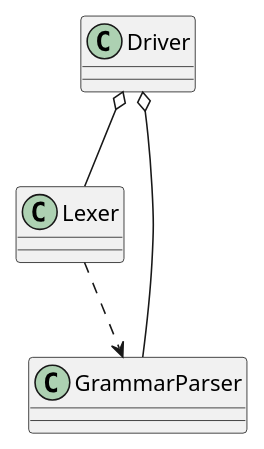
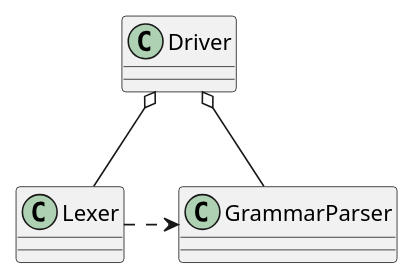
One commit to Unofficial-Extend-Project-Mirror/openfoam-extend-swak4Foam-dev changed the first of 2 diagrams in Documentation/swak4FoamReference.org. Above: the diagram before and after it, drawn with PlantUML. The commit also changed other lines of this file, not shown here.

```diff
--- a/Documentation/swak4FoamReference.org
+++ b/Documentation/swak4FoamReference.org
@@ -62,5 +62,5 @@
 #+begin_src plantuml :file parserDriverLexer.png
 Driver o-- Lexer
 Driver o-- GrammarParser
-Lexer ..> GrammarParser
+Lexer .> GrammarParser
 #+end_src
```
